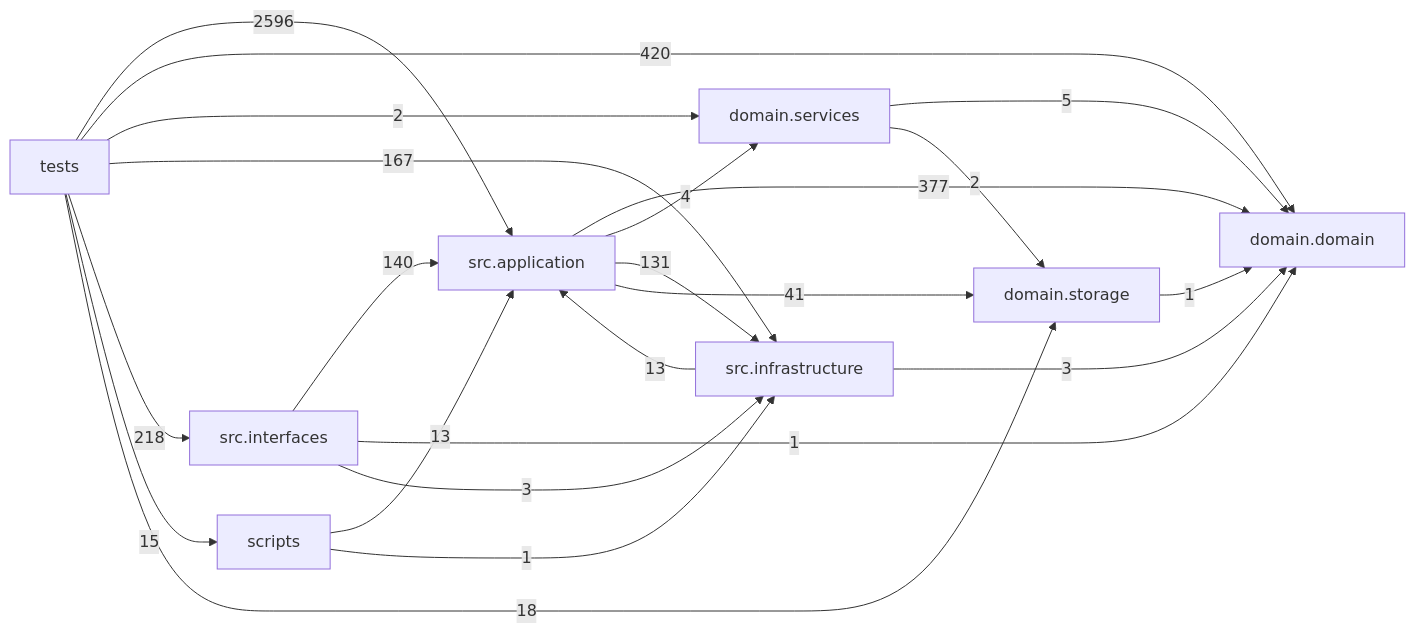
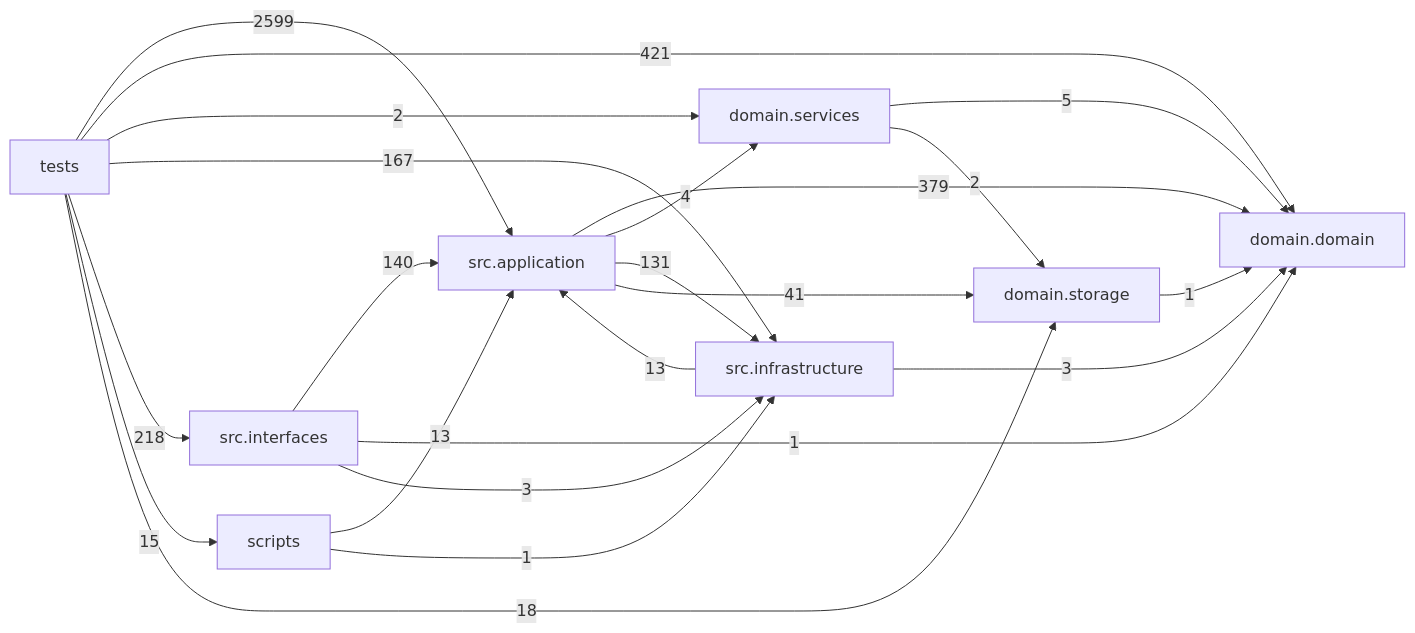
The diagram in docs/DEPENDENCY_GRAPH.md (liuxie066/options-monitor), drawn with Mermaid before and after one commit. The commit also changed other lines of this file and 10 other files, not shown here.

````diff
--- a/docs/DEPENDENCY_GRAPH.md
+++ b/docs/DEPENDENCY_GRAPH.md
@@ -24,32 +24,32 @@
 ```mermaid
 flowchart LR
   tests["tests"]
   scripts["scripts"]
   interfaces["src.interfaces"]
   application["src.application"]
   infrastructure["src.infrastructure"]
   domain_services["domain.services"]
   domain["domain.domain"]
   storage["domain.storage"]
-  application -->|377| domain
+  application -->|379| domain
   application -->|4| domain_services
   application -->|131| infrastructure
   application -->|41| storage
   domain_services -->|5| domain
   domain_services -->|2| storage
   infrastructure -->|13| application
   infrastructure -->|3| domain
   interfaces -->|140| application
   interfaces -->|1| domain
   interfaces -->|3| infrastructure
   scripts -->|13| application
   scripts -->|1| infrastructure
   storage -->|1| domain
-  tests -->|2596| application
-  tests -->|420| domain
+  tests -->|2599| application
+  tests -->|421| domain
   tests -->|2| domain_services
   tests -->|167| infrastructure
   tests -->|218| interfaces
   tests -->|15| scripts
   tests -->|18| storage
 ```
````
